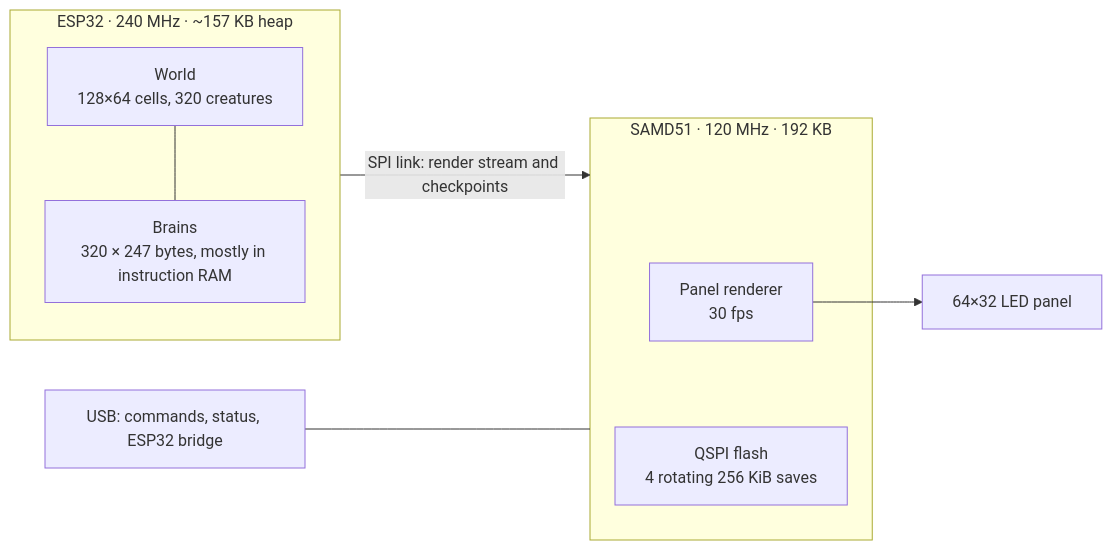
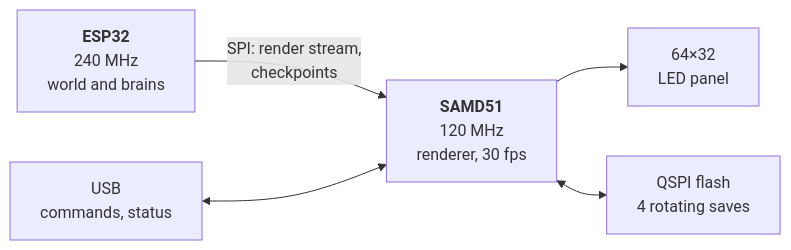
Before and after one commit to Lizard-King101/Petri: the diagram in README.md, drawn with Mermaid.

Commit message:
Flatten the README's hardware diagram so GitHub shows all of it

````diff
--- a/README.md
+++ b/README.md
@@ -98,15 +98,7 @@
 ```mermaid
 flowchart LR
-    subgraph ESP32["ESP32 · 240 MHz · ~157 KB heap"]
-        W["World<br/>128×64 cells, 320 creatures"]
-        B["Brains<br/>320 × 247 bytes, mostly in instruction RAM"]
-        W --- B
-    end
-    subgraph SAMD["SAMD51 · 120 MHz · 192 KB"]
-        R["Panel renderer<br/>30 fps"]
-        Q["QSPI flash<br/>4 rotating 256 KiB saves"]
-    end
-    ESP32 -- "SPI link: render stream and checkpoints" --> SAMD
-    R --> P["64×32 LED panel"]
-    USB["USB: commands, status, ESP32 bridge"] --- SAMD
+    E["<b>ESP32</b><br/>240 MHz<br/>world and brains"] -- "SPI: render stream,<br/>checkpoints" --> S["<b>SAMD51</b><br/>120 MHz<br/>renderer, 30 fps"]
+    S --> P["64×32<br/>LED panel"]
+    S <--> Q["QSPI flash<br/>4 rotating saves"]
+    U["USB<br/>commands, status"] <--> S
 ```
````
